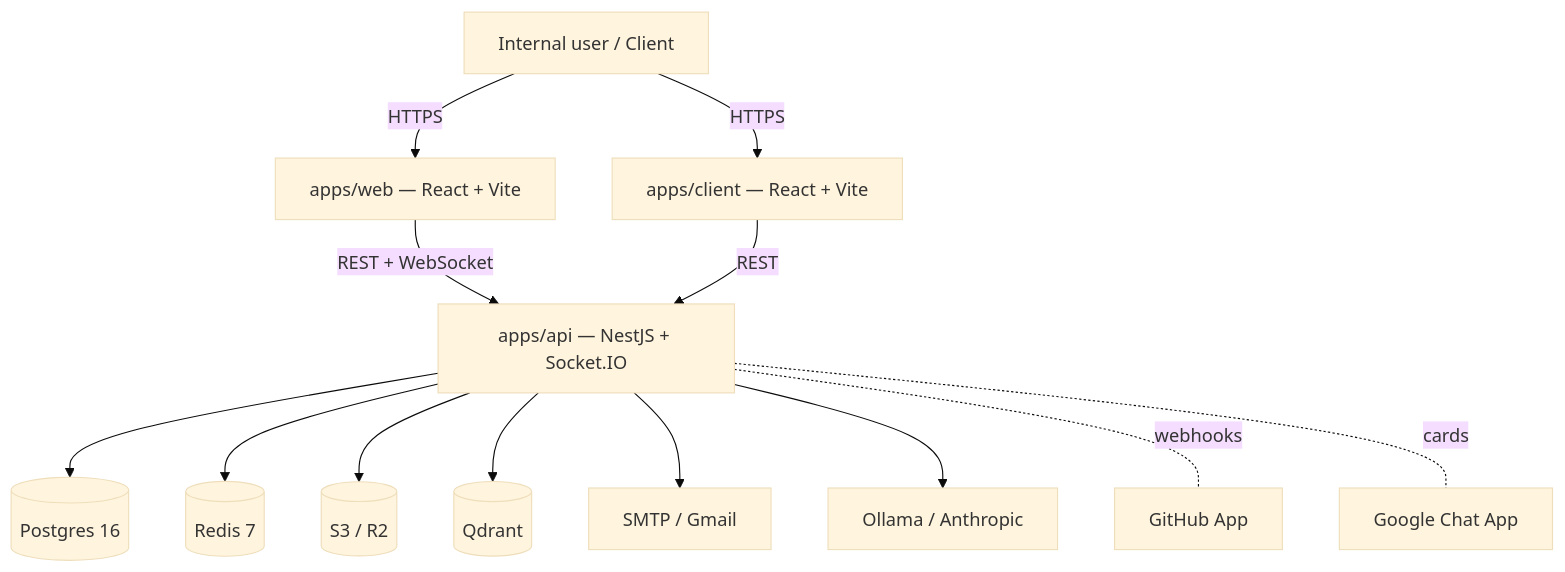
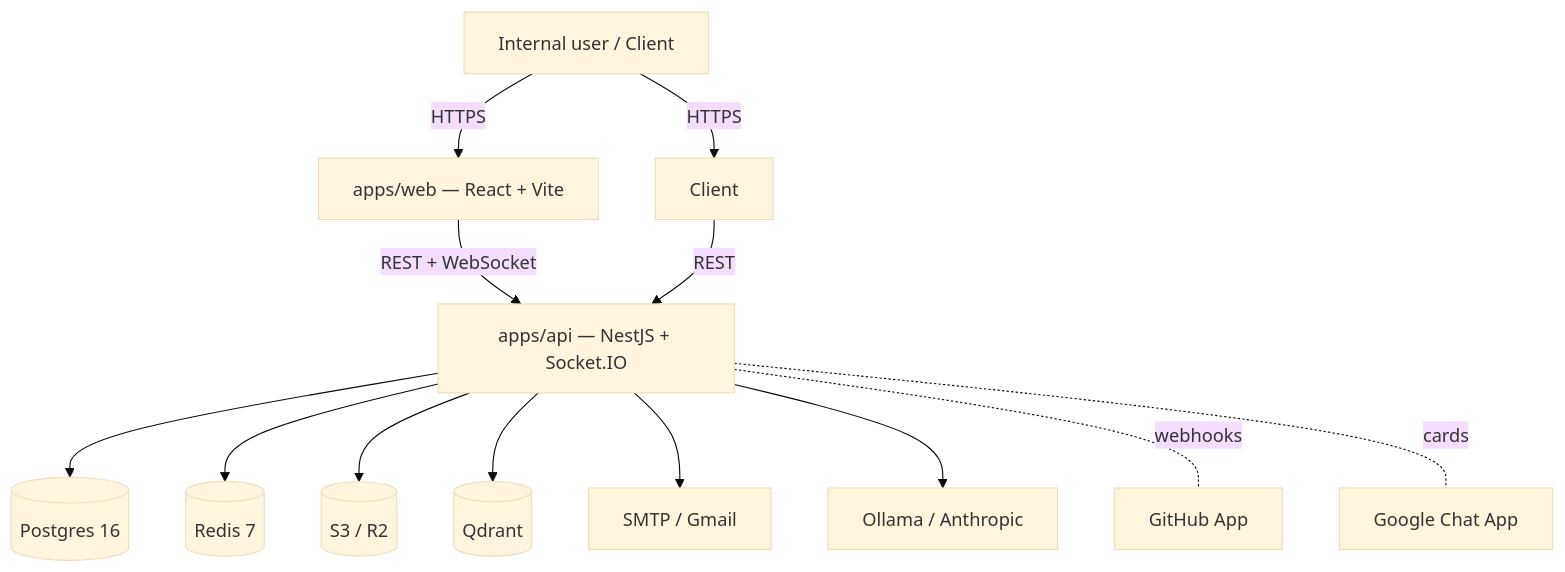
The diagram in README.md (mazenelorbany/Nockta-PM), drawn with Mermaid (base theme) before and after one commit. The commit also changed other lines of this file and 14 other files, not shown here.

First line of the commit message:
docs + UX strings: sweep apps/client references after consolidation

````diff
--- a/README.md
+++ b/README.md
@@ -96,28 +93,27 @@
 ```mermaid
 graph TD
   User[Internal user / Client]
   Web[apps/web — React + Vite]
-  Client[apps/client — React + Vite]
   API[apps/api — NestJS + Socket.IO]
   PG[(Postgres 16)]
   Redis[(Redis 7)]
   S3[(S3 / R2)]
   Qdrant[(Qdrant)]
   Mail[SMTP / Gmail]
   AI[Ollama / Anthropic]
   GH[GitHub App]
   Chat[Google Chat App]
 
   User -->|HTTPS| Web
   User -->|HTTPS| Client
   Web -->|REST + WebSocket| API
   Client -->|REST| API
   API --> PG
   API --> Redis
   API --> S3
   API --> Qdrant
   API --> Mail
   API --> AI
   API -.webhooks.- GH
   API -.cards.- Chat
 ```
````
